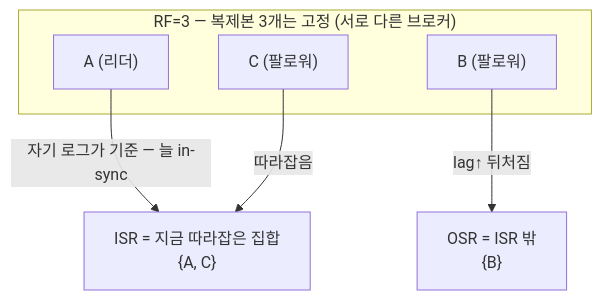
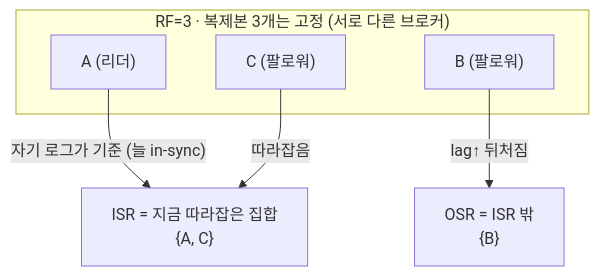
The second of 8 diagrams in docs/book/1-internals/03-replication.md (ghtjr410/kafka-lab), drawn with Mermaid before and after one commit. The commit also changed other lines of this file and 25 other files, not shown here.

````diff
--- a/docs/book/1-internals/03-replication.md
+++ b/docs/book/1-internals/03-replication.md
@@ -67,11 +67,11 @@
 ```mermaid
 graph TB
-    subgraph POOL["RF=3 — 복제본 3개는 고정 (서로 다른 브로커)"]
+    subgraph POOL["RF=3 · 복제본 3개는 고정 (서로 다른 브로커)"]
         A["A (리더)"]
         B["B (팔로워)"]
         C["C (팔로워)"]
     end
-    A -->|"자기 로그가 기준 — 늘 in-sync"| ISR["ISR = 지금 따라잡은 집합<br/>{A, C}"]
+    A -->|"자기 로그가 기준 (늘 in-sync)"| ISR["ISR = 지금 따라잡은 집합<br/>{A, C}"]
     C -->|"따라잡음"| ISR
     B -->|"lag↑ 뒤처짐"| OSR["OSR = ISR 밖<br/>{B}"]
 ```
````
